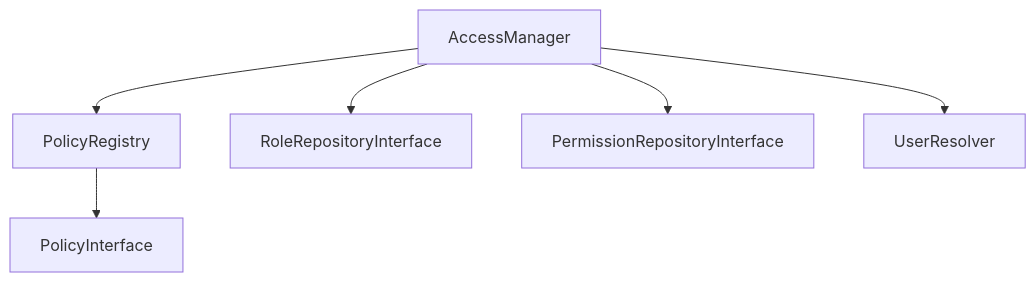
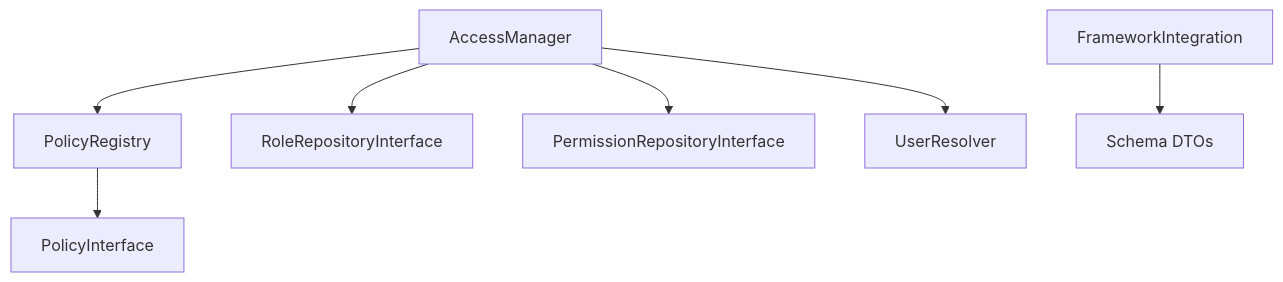
The diagram in docs/architecture.md (vimaphp/vima-core), drawn with Mermaid before and after one commit. The commit also changed other lines of this file and 7 other files, not shown here.

````diff
--- a/docs/architecture.md
+++ b/docs/architecture.md
@@ -20,8 +20,9 @@
 ```mermaid
 graph TD
     A[AccessManager] --> B[PolicyRegistry]
     A --> C[RoleRepositoryInterface]
     A --> D[PermissionRepositoryInterface]
     A --> E[UserResolver]
     B --> F[PolicyInterface]
+    G[FrameworkIntegration] --> H[Schema DTOs]
 ```
````
